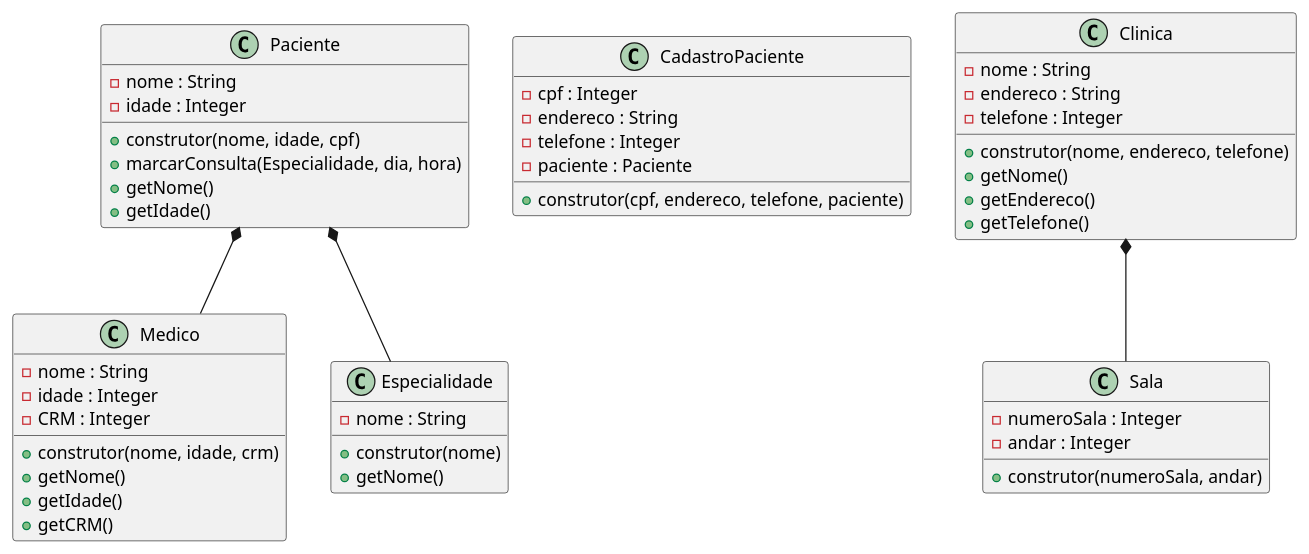
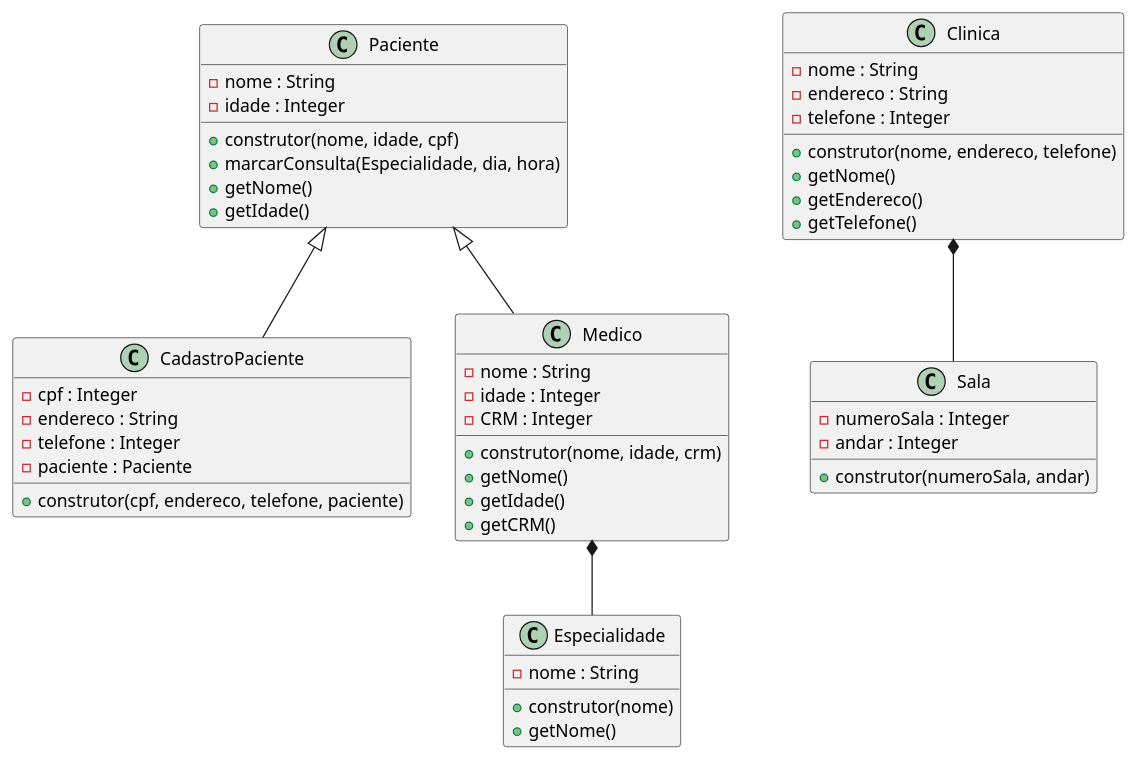
One commit to anleaes/2022-1-N2-POO-03 changed the diagram in diagrama.plantuml. Above: the diagram before and after it, drawn with PlantUML.

Commit message:
alterado heranças

```diff
--- a/diagrama.plantuml
+++ b/diagrama.plantuml
@@ -1,57 +1,58 @@
 @startuml Gerenciamento de Exames Medicos
 
     class Paciente{
         - nome : String
         - idade : Integer
         + construtor(nome, idade, cpf)
         + marcarConsulta(Especialidade, dia, hora)
         + getNome()
         + getIdade()
     }
 
     class CadastroPaciente{
         - cpf : Integer
         - endereco : String
         - telefone : Integer
         - paciente : Paciente
         + construtor(cpf, endereco, telefone, paciente)
     }
 
     class Medico{
         - nome : String
         - idade : Integer
         - CRM : Integer
         + construtor(nome, idade, crm)
         + getNome()
         + getIdade()
         + getCRM()
     }
 
     class Especialidade{
         - nome : String
         + construtor(nome)
         + getNome()
     }
 
     class Clinica{
         - nome : String
         - endereco : String
         - telefone : Integer
         + construtor(nome, endereco, telefone)
         + getNome()
         + getEndereco()
         + getTelefone()
     }
 
     class Sala{
         - numeroSala : Integer
         - andar : Integer
         + construtor(numeroSala, andar)
     }
 
-    Paciente *-- Medico
-    Paciente *-- Especialidade
+    Paciente <|-- CadastroPaciente
+    Paciente <|-- Medico
+    Medico *-- Especialidade
 
     Clinica *-- Sala
 
 @enduml
```
